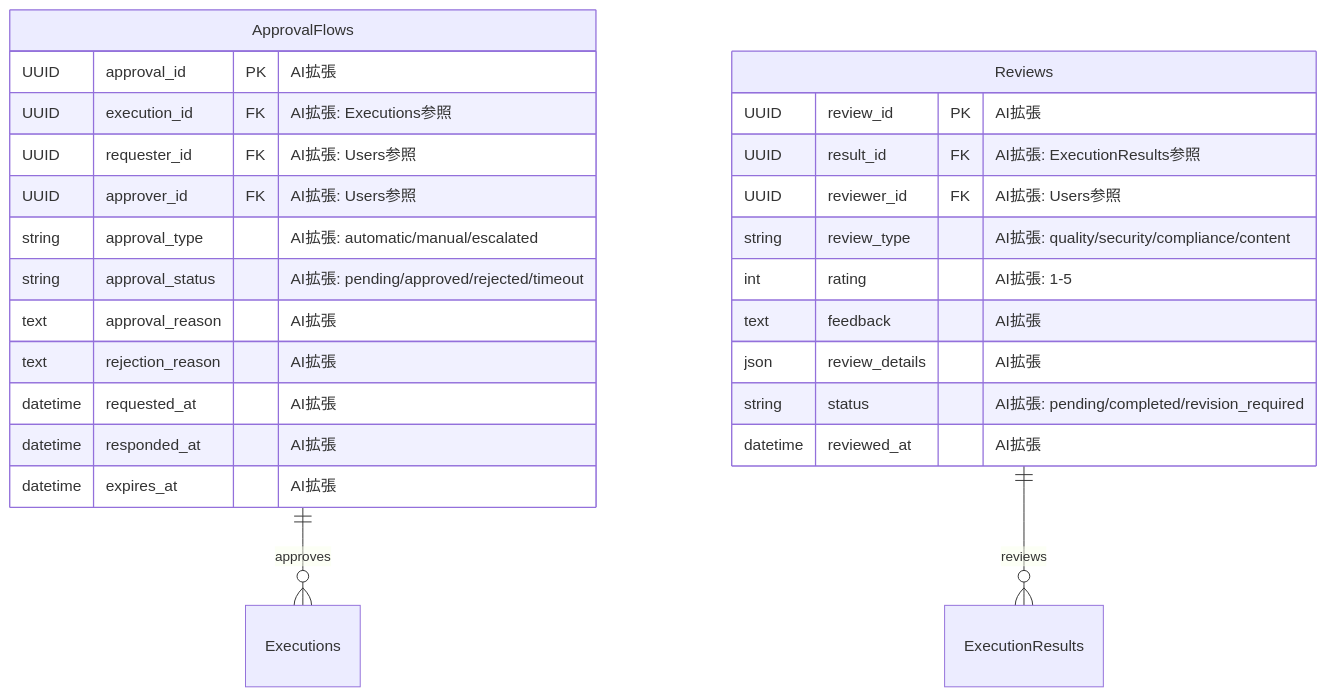
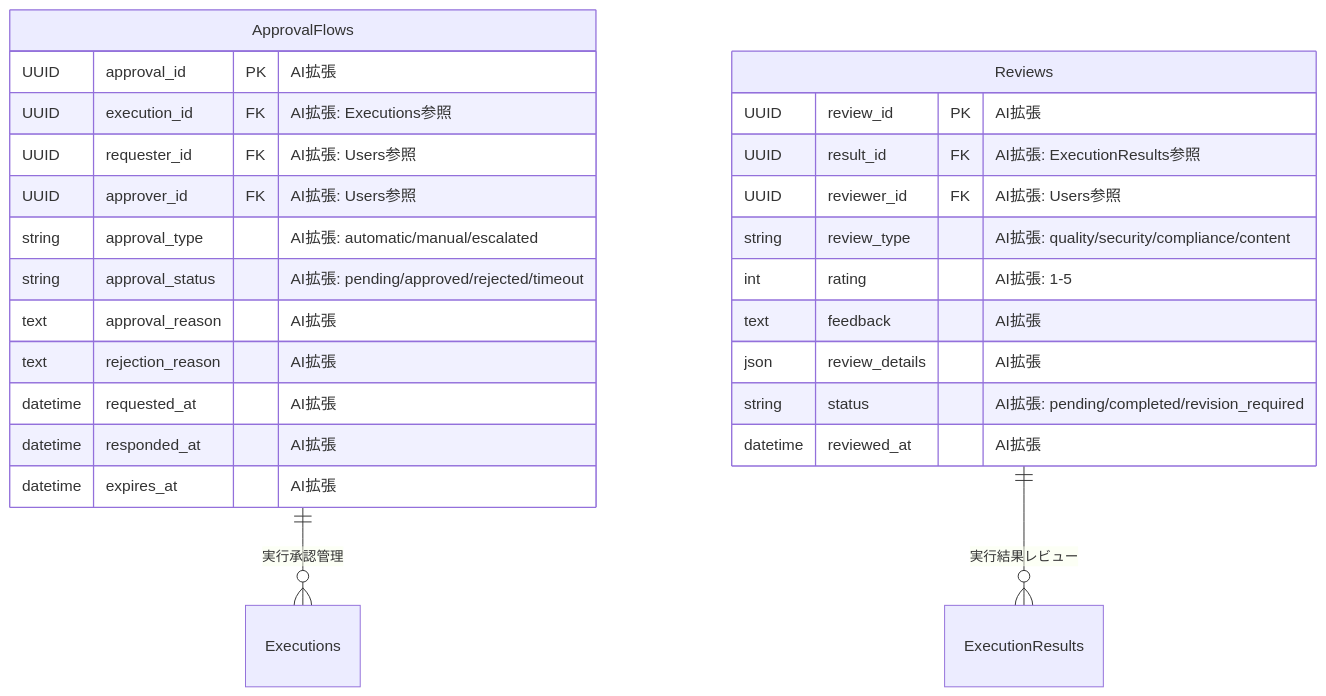
One commit to daichiTAAA/AgentOpsPlatform changed diagram 19 of 29 in docs/030000_設計/035000_データ設計/035010_ER図.md. Above: the diagram before and after it, drawn with Mermaid. The commit also changed other lines of this file, not shown here.

````diff
--- a/docs/030000_設計/035000_データ設計/035010_ER図.md
+++ b/docs/030000_設計/035000_データ設計/035010_ER図.md
@@ -781,32 +1006,32 @@
 ```mermaid
 erDiagram
     ApprovalFlows {
         UUID approval_id PK "AI拡張"
         UUID execution_id FK "AI拡張: Executions参照"
         UUID requester_id FK "AI拡張: Users参照"
         UUID approver_id FK "AI拡張: Users参照"
         string approval_type "AI拡張: automatic/manual/escalated"
         string approval_status "AI拡張: pending/approved/rejected/timeout"
         text approval_reason "AI拡張"
         text rejection_reason "AI拡張"
         datetime requested_at "AI拡張"
         datetime responded_at "AI拡張"
         datetime expires_at "AI拡張"
     }
     
     Reviews {
         UUID review_id PK "AI拡張"
         UUID result_id FK "AI拡張: ExecutionResults参照"
         UUID reviewer_id FK "AI拡張: Users参照"
         string review_type "AI拡張: quality/security/compliance/content"
         int rating "AI拡張: 1-5"
         text feedback "AI拡張"
         json review_details "AI拡張"
         string status "AI拡張: pending/completed/revision_required"
         datetime reviewed_at "AI拡張"
     }
     
     
-    ApprovalFlows ||--o{ Executions : approves
-    Reviews ||--o{ ExecutionResults : reviews
+    ApprovalFlows ||--o{ Executions : "実行承認管理"
+    Reviews ||--o{ ExecutionResults : "実行結果レビュー"
 ```
````
